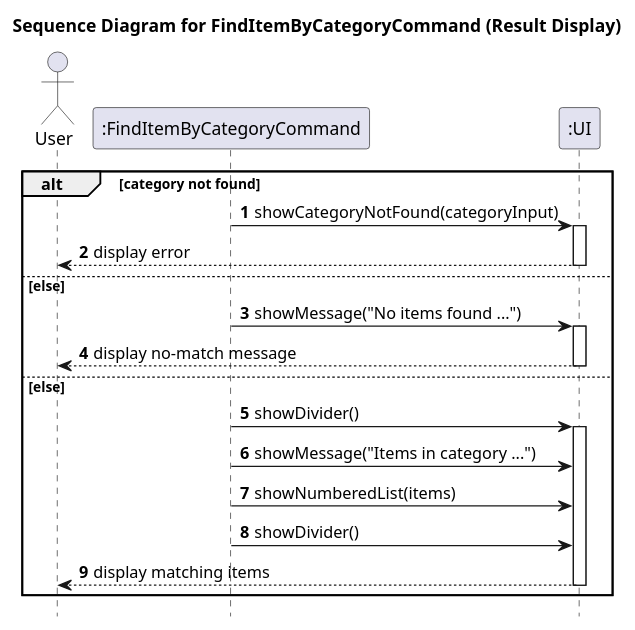
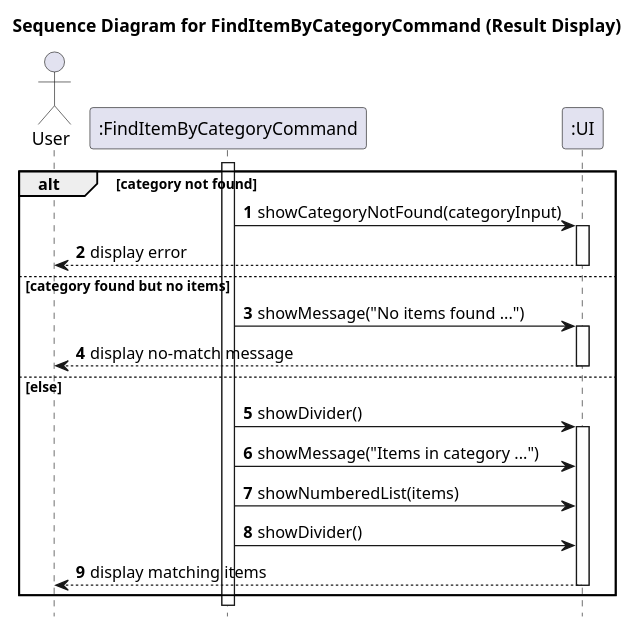
The diagram in docs/diagrams/sequence/FindItemByCategoryCommandDisplayFlow.puml (KOIiiii07/tp), drawn with PlantUML before and after one commit. The commit also changed 13 other files, not shown here.

Commit message:
Update all the Find Diagram

```diff
--- a/docs/diagrams/sequence/FindItemByCategoryCommandDisplayFlow.puml
+++ b/docs/diagrams/sequence/FindItemByCategoryCommandDisplayFlow.puml
@@ -1,30 +1,31 @@
 @startuml
 title Sequence Diagram for FindItemByCategoryCommand (Result Display)
 
 autonumber
 hide footbox
 
 actor User
 participant ":FindItemByCategoryCommand" as FindItemByCategoryCommand
 participant ":UI" as UI
 
+activate FindItemByCategoryCommand
 alt category not found
     FindItemByCategoryCommand -> UI: showCategoryNotFound(categoryInput)
     activate UI
     UI --> User: display error
     deactivate UI
-else else
+else category found but no items
     FindItemByCategoryCommand -> UI: showMessage("No items found ...")
     activate UI
     UI --> User: display no-match message
     deactivate UI
 else else
     FindItemByCategoryCommand -> UI: showDivider()
     activate UI
     FindItemByCategoryCommand -> UI: showMessage("Items in category ...")
     FindItemByCategoryCommand -> UI: showNumberedList(items)
     FindItemByCategoryCommand -> UI: showDivider()
     UI --> User: display matching items
     deactivate UI
 end
 @enduml
```
